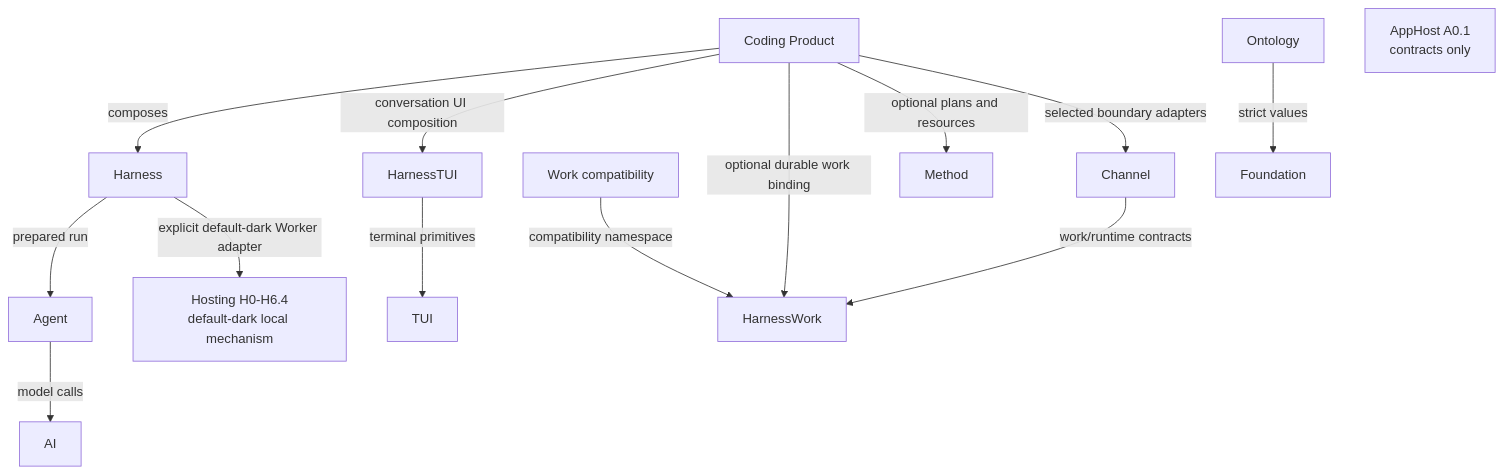
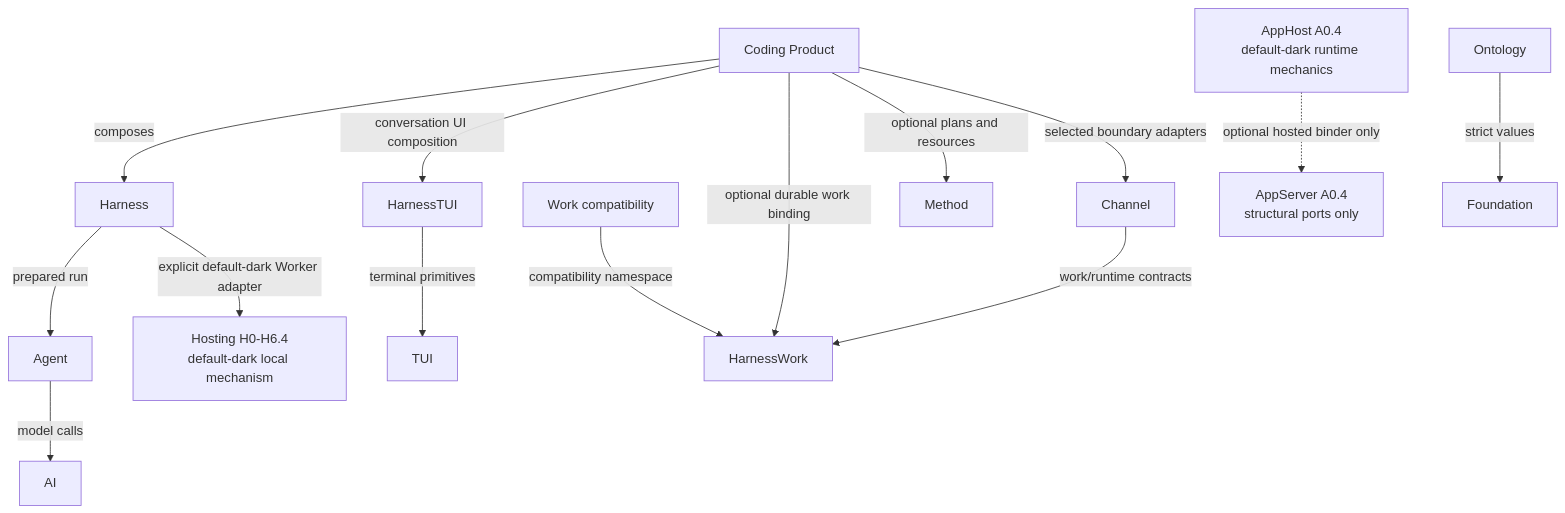
One commit to zhnt/loushang changed the diagram in docs/internals/architecture/architecture-overview.md. Above: the diagram before and after it, drawn with Mermaid. The commit also changed other lines of this file and 35 other files, not shown here.

Commit message:
feat(apphost): add runtime and hosted binding

````diff
--- a/docs/internals/architecture/architecture-overview.md
+++ b/docs/internals/architecture/architecture-overview.md
@@ -105,30 +106,32 @@
 ```mermaid
 flowchart TD
     CODING["Coding Product"]
     HARNESS["Harness"]
     AGENT["Agent"]
     AI["AI"]
     HTUI["HarnessTUI"]
     TUI["TUI"]
     HWORK["HarnessWork"]
     WORK["Work compatibility"]
     METHOD["Method"]
     CHANNEL["Channel"]
     ONTOLOGY["Ontology"]
     HOSTING["Hosting H0-H6.4\ndefault-dark local mechanism"]
-    APPHOST["AppHost A0.1\ncontracts only"]
+    APPHOST["AppHost A0.4\ndefault-dark runtime mechanics"]
+    APPSERVER["AppServer A0.4\nstructural ports only"]
     FOUNDATION["Foundation"]
 
     CODING -->|composes| HARNESS
     HARNESS -->|prepared run| AGENT
     AGENT -->|model calls| AI
     CODING -->|conversation UI composition| HTUI
     HTUI -->|terminal primitives| TUI
     CODING -->|optional durable work binding| HWORK
     WORK -->|compatibility namespace| HWORK
     CODING -->|optional plans and resources| METHOD
     CODING -->|selected boundary adapters| CHANNEL
     CHANNEL -->|work/runtime contracts| HWORK
     ONTOLOGY -->|strict values| FOUNDATION
     HARNESS -->|explicit default-dark Worker adapter| HOSTING
+    APPHOST -.->|optional hosted binder only| APPSERVER
 ```
````
